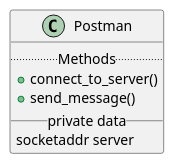
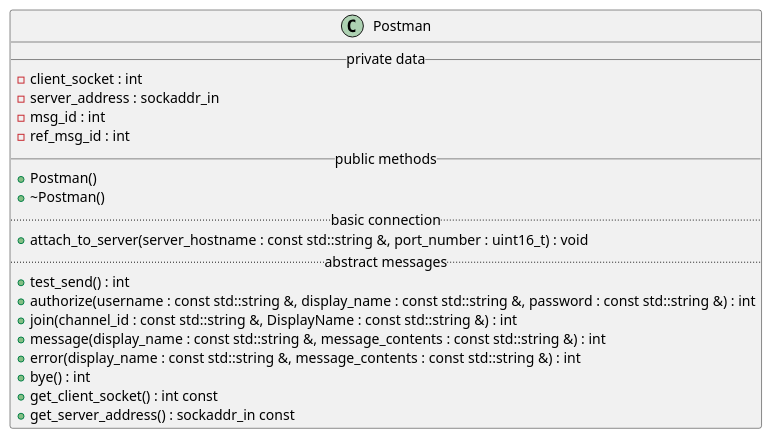
Before and after one commit to tomashobza/udp-tcp-chat-client: the diagram in doc/erd.puml, drawn with PlantUML. The commit also changed 9 other files, not shown here.

```diff
--- a/doc/erd.puml
+++ b/doc/erd.puml
@@ -1,24 +1,46 @@
 @startuml class-diagram
 
 ' crt-amber
 ' plain
 
 ' class InputParser {
 ' 	.. Methods ..
 ' 	+ getName()
 ' 	+ getAddress()
 ' 	__ private data __
 ' 	int age
 ' 	-- encrypted --
 ' 	String password
 ' }
+' class Poslol {
+' 	.. Methods ..
+' 	+ connect_to_server()
+' 	+ send_message()
+' 	__ private data __
+' 	socketaddr server
+' 	' -- encrypted --
+' 	' String password
+' }
+
 class Postman {
-	.. Methods ..
-	+ connect_to_server()
-	+ send_message()
 	__ private data __
-	socketaddr server
-	' -- encrypted --
-	' String password
+    -client_socket : int
+    -server_address : sockaddr_in
+    -msg_id : int
+    -ref_msg_id : int
+	__ public methods __
+    +Postman()
+    +~Postman()
+	.. basic connection ..
+    +attach_to_server(server_hostname : const std::string &, port_number : uint16_t) : void
+	.. abstract messages ..
+    +test_send() : int
+    +authorize(username : const std::string &, display_name : const std::string &, password : const std::string &) : int
+    +join(channel_id : const std::string &, DisplayName : const std::string &) : int
+    +message(display_name : const std::string &, message_contents : const std::string &) : int
+    +error(display_name : const std::string &, message_contents : const std::string &) : int
+    +bye() : int
+    +get_client_socket() : int const
+    +get_server_address() : sockaddr_in const
 }
 @enduml
```
